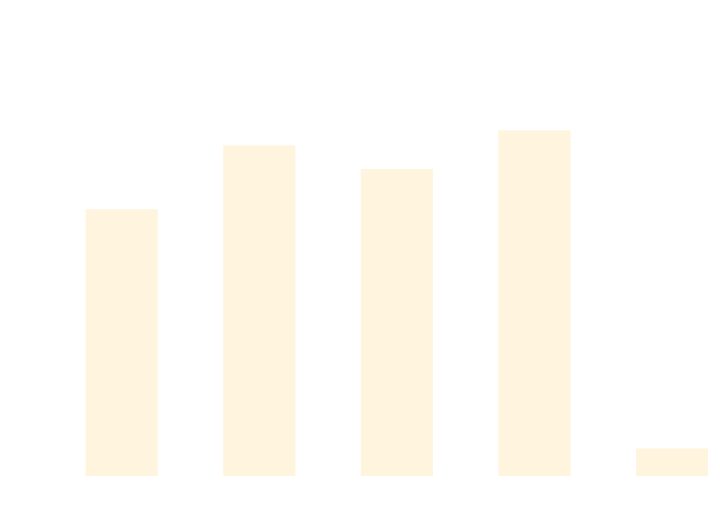
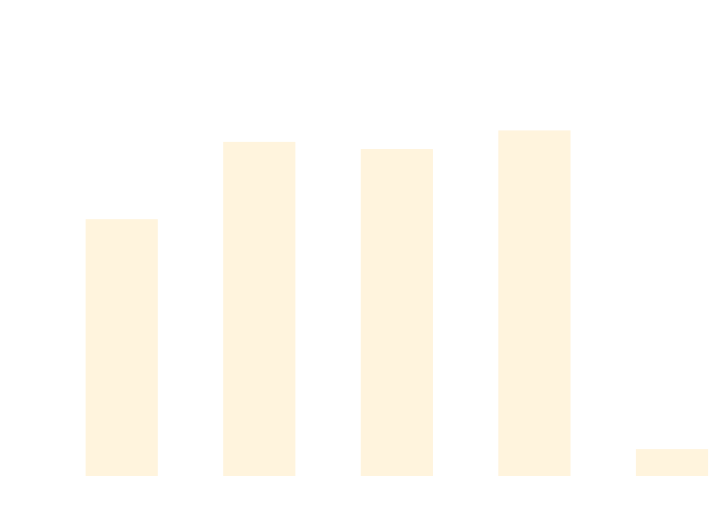
The diagram in docs/docs/benchmarks/ScaleTests.md (thomhurst/TUnit), drawn with Mermaid before and after one commit. The commit also changed other lines of this file and 17 other files, not shown here.

````diff
--- a/docs/docs/benchmarks/ScaleTests.md
+++ b/docs/docs/benchmarks/ScaleTests.md
@@ -27,37 +27,37 @@
 ```mermaid
 %%{init: {
   'theme':'base',
   'themeVariables': {
     'primaryColor': '#2563eb',
     'primaryTextColor': '#ffffff',
     'primaryBorderColor': '#1e40af',
     'lineColor': '#6b7280',
     'secondaryColor': '#7c3aed',
     'tertiaryColor': '#dc2626',
     'background': '#ffffff',
     'mainBkg': '#2563eb',
     'secondBkg': '#7c3aed',
     'tertiaryBkg': '#dc2626',
     'clusterBkg': '#f3f4f6',
     'edgeLabelBackground': '#ffffff',
     'tertiaryTextColor': '#1f2937',
     'pie1': '#2563eb',
     'pie2': '#7c3aed',
     'pie3': '#dc2626',
     'pie4': '#f59e0b',
     'pie5': '#10b981',
     'pie6': '#06b6d4',
     'pie7': '#ec4899',
     'pie8': '#6366f1',
     'pie9': '#84cc16',
     'pie10': '#f97316',
     'pie11': '#14b8a6',
     'pie12': '#a855f7'
   }
 }}%%
 xychart-beta
   title "ScaleTests Performance Comparison"
   x-axis ["TUnit", "NUnit", "MSTest", "xUnit3", "TUnit_AOT"]
-  y-axis "Time (ms)" 0 --> 762
-  bar [485.83, 606.07, 561.57, 634.29, 35.77]
+  y-axis "Time (ms)" 0 --> 763
+  bar [467.78, 613.44, 599.93, 635.06, 34.59]
 ```
````
